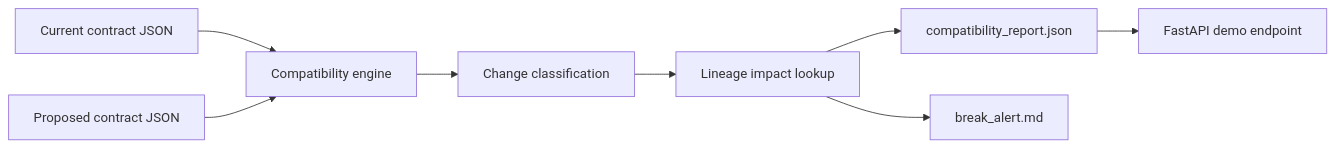
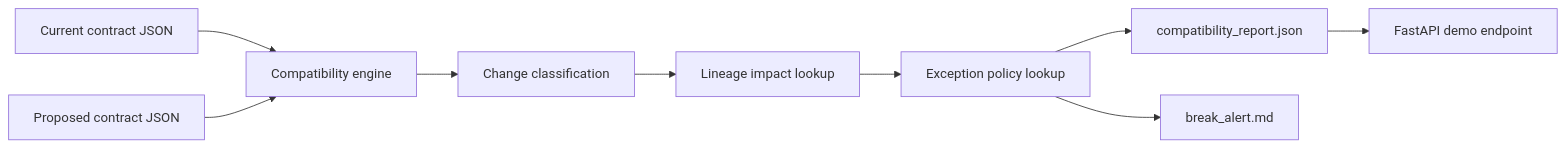
One commit to srn91/cdc-data-contract-hub changed the diagram in README.md. Above: the diagram before and after it, drawn with Mermaid. The commit also changed other lines of this file and 9 other files, not shown here.

Commit message:
Implement V2 roadmap upgrade

````diff
--- a/README.md
+++ b/README.md
@@ -19,10 +20,11 @@
 ```mermaid
 flowchart LR
     A["Current contract JSON"] --> C["Compatibility engine"]
     B["Proposed contract JSON"] --> C
     C --> D["Change classification"]
     D --> E["Lineage impact lookup"]
-    E --> F["compatibility_report.json"]
-    E --> G["break_alert.md"]
+    E --> X["Exception policy lookup"]
+    X --> F["compatibility_report.json"]
+    X --> G["break_alert.md"]
     F --> H["FastAPI demo endpoint"]
 ```
````
